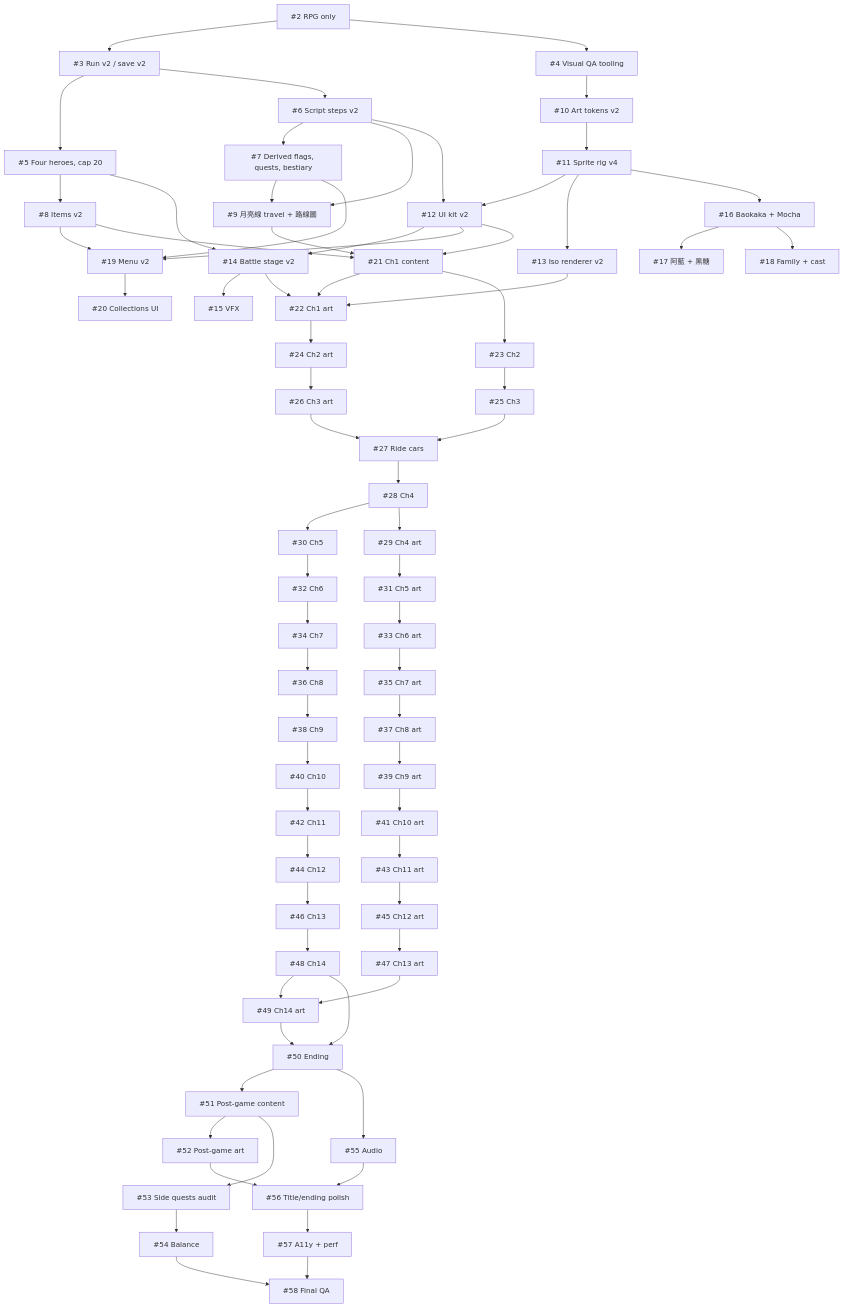
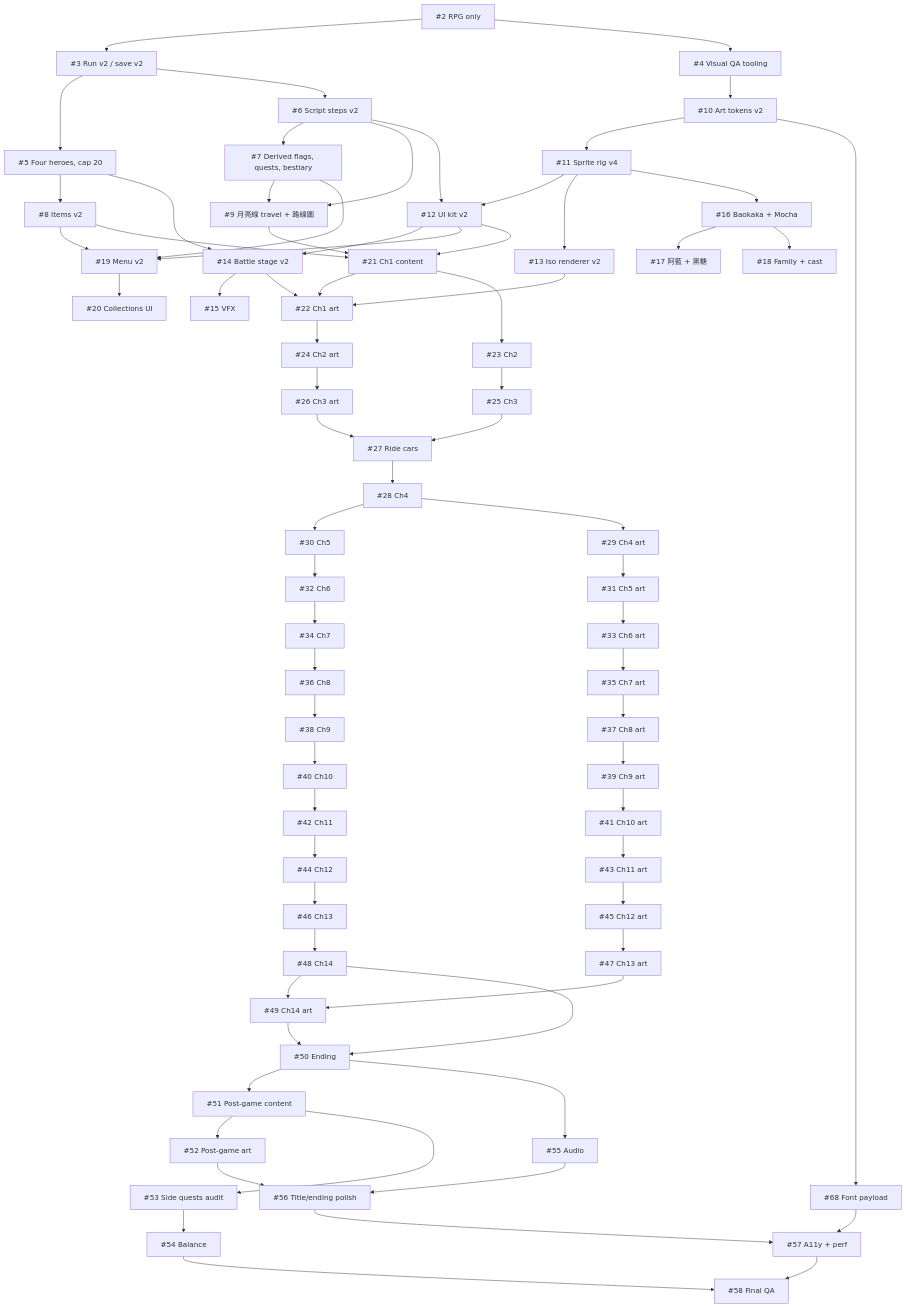
One commit to sean1093/baokaka-adventure changed the diagram in docs/project/roadmap.md. Above: the diagram before and after it, drawn with Mermaid. The commit also changed other lines of this file and 3 other files, not shown here.

First line of the commit message:
docs(project): record #10 (D-27, roadmap, process log, #68)

````diff
--- a/docs/project/roadmap.md
+++ b/docs/project/roadmap.md
@@ -91,52 +92,53 @@
 ```mermaid
 graph TD
   I2["#2 RPG only"] --> I3["#3 Run v2 / save v2"]
   I2 --> I4["#4 Visual QA tooling"]
   I3 --> I5["#5 Four heroes, cap 20"]
   I3 --> I6["#6 Script steps v2"]
   I6 --> I7["#7 Derived flags, quests, bestiary"]
   I5 --> I8["#8 Items v2"]
   I6 --> I9["#9 月亮線 travel + 路線圖"]
   I7 --> I9
   I4 --> I10["#10 Art tokens v2"]
   I10 --> I11["#11 Sprite rig v4"]
   I11 --> I12["#12 UI kit v2"]
   I6 --> I12
   I11 --> I13["#13 Iso renderer v2"]
   I12 --> I14["#14 Battle stage v2"]
   I5 --> I14
   I14 --> I15["#15 VFX"]
   I11 --> I16["#16 Baokaka + Mocha"]
   I16 --> I17["#17 阿藍 + 黑糖"]
   I16 --> I18["#18 Family + cast"]
   I12 --> I19["#19 Menu v2"]
   I7 --> I19
   I8 --> I19
   I19 --> I20["#20 Collections UI"]
 
   I9 --> C1["#21 Ch1 content"]
   I12 --> C1
   I8 --> C1
   C1 --> A1["#22 Ch1 art"]
   I13 --> A1
   I14 --> A1
   C1 --> C2["#23 Ch2"] --> C3["#25 Ch3"] --> CARS["#27 Ride cars"]
   CARS --> C4["#28 Ch4"] --> C5["#30 Ch5"] --> C6["#32 Ch6"] --> C7["#34 Ch7"]
   C7 --> C8["#36 Ch8"] --> C9["#38 Ch9"] --> C10["#40 Ch10"] --> C11["#42 Ch11"]
   C11 --> C12["#44 Ch12"] --> C13["#46 Ch13"] --> C14["#48 Ch14"]
   A1 --> A2["#24 Ch2 art"] --> A3["#26 Ch3 art"] --> CARS
   C4 --> A4["#29 Ch4 art"] --> A5["#31 Ch5 art"] --> A6["#33 Ch6 art"] --> A7["#35 Ch7 art"]
   A7 --> A8["#37 Ch8 art"] --> A9["#39 Ch9 art"] --> A10["#41 Ch10 art"] --> A11["#43 Ch11 art"]
   A11 --> A12["#45 Ch12 art"] --> A13["#47 Ch13 art"] --> A14["#49 Ch14 art"]
   C14 --> A14
   C14 --> END["#50 Ending"]
   A14 --> END
   END --> POST["#51 Post-game content"] --> POSTART["#52 Post-game art"]
   POST --> SQ["#53 Side quests audit"] --> BAL["#54 Balance"]
   END --> AUD["#55 Audio"]
   POSTART --> POL["#56 Title/ending polish"]
   AUD --> POL
   POL --> A11Y["#57 A11y + perf"]
+  I10 --> FONT["#68 Font payload"] --> A11Y
   BAL --> QA["#58 Final QA"]
   A11Y --> QA
 ```
````
